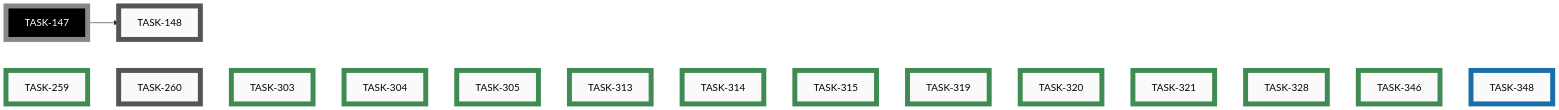
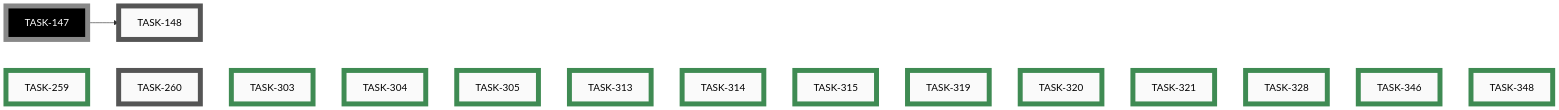
The tenth of 10 diagrams in docs/developers/tasks/EPICS.md (tgd1975/AwesomeStudioPedal), drawn with Mermaid before and after one commit. The commit also changed other lines of this file and 5 other files, not shown here.

First line of the commit message:
close TASK-348: Derive clang-tidy lint set from compile_commands.json

````diff
--- a/docs/developers/tasks/EPICS.md
+++ b/docs/developers/tasks/EPICS.md
@@ -398,44 +398,44 @@
 ```mermaid
 graph LR
     TASK_148["TASK-148"]:::open
     TASK_260["TASK-260"]:::open
-    TASK_348["TASK-348"]:::active
     TASK_259["TASK-259"]:::closed
     TASK_303["TASK-303"]:::closed
     TASK_304["TASK-304"]:::closed
     TASK_305["TASK-305"]:::closed
     TASK_313["TASK-313"]:::closed
     TASK_314["TASK-314"]:::closed
     TASK_315["TASK-315"]:::closed
     TASK_319["TASK-319"]:::closed
     TASK_320["TASK-320"]:::closed
     TASK_321["TASK-321"]:::closed
     TASK_328["TASK-328"]:::closed
     TASK_346["TASK-346"]:::closed
+    TASK_348["TASK-348"]:::closed
     TASK_147["TASK-147"]:::openExt
     TASK_147 --> TASK_148
     TASK_259 ~~~ TASK_260 ~~~ TASK_303 ~~~ TASK_304 ~~~ TASK_305 ~~~ TASK_313 ~~~ TASK_314 ~~~ TASK_315 ~~~ TASK_319 ~~~ TASK_320 ~~~ TASK_321 ~~~ TASK_328 ~~~ TASK_346 ~~~ TASK_348
     click TASK_148 "open/task-148-reorganise-developer-documentation.md"
     click TASK_260 "open/task-260-unify-version-numbers-across-deliverables.md"
-    click TASK_348 "active/task-348-derive-clang-tidy-set-from-compile-commands.md"
     click TASK_259 "closed/task-259-android-app-test-protocol.md"
     click TASK_303 "closed/task-303-simulator-boots-with-demo-loaded.md"
     click TASK_304 "closed/task-304-simulator-button-no-hover-reaction.md"
     click TASK_305 "closed/task-305-add-category-field-to-ideas.md"
     click TASK_313 "closed/task-313-emoji-icons-for-idea-categories.md"
     click TASK_314 "closed/task-314-nbsp-between-icon-and-category.md"
     click TASK_315 "closed/task-315-idea-sub-file-naming-convention.md"
     click TASK_319 "closed/task-319-remove-wireviz-precommit-block.md"
     click TASK_320 "closed/task-320-remove-ble-flag-precommit-check.md"
     click TASK_321 "closed/task-321-fix-ci-failures-mermaid-clang-tidy.md"
     click TASK_328 "closed/task-328-prevent-parallel-housekeep-execution.md"
     click TASK_346 "closed/task-346-content-sensitive-precommit-checks.md"
+    click TASK_348 "closed/task-348-derive-clang-tidy-set-from-compile-commands.md"
     classDef open    fill:#FAFAFA,stroke:#555,stroke-width:8px,color:#000
     classDef active  fill:#FAFAFA,stroke:#1A6FA8,stroke-width:8px,color:#000
     classDef closed  fill:#FAFAFA,stroke:#3F8B53,stroke-width:8px,color:#000
     classDef paused  fill:#FAFAFA,stroke:#B07810,stroke-width:8px,color:#000
     classDef openExt    fill:#000,stroke:#888,stroke-width:8px,color:#FFF
     classDef activeExt  fill:#000,stroke:#3FA9F5,stroke-width:8px,color:#FFF
     classDef closedExt  fill:#000,stroke:#7CC68A,stroke-width:8px,color:#FFF
     classDef pausedExt  fill:#000,stroke:#F0B030,stroke-width:8px,color:#FFF
 ```
````
